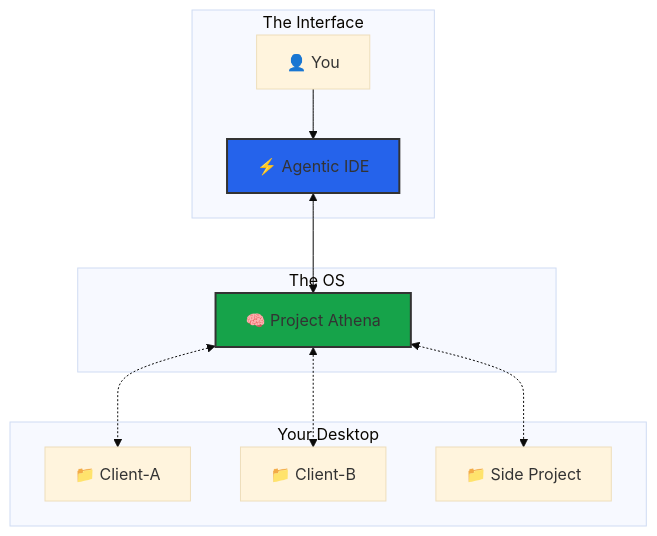
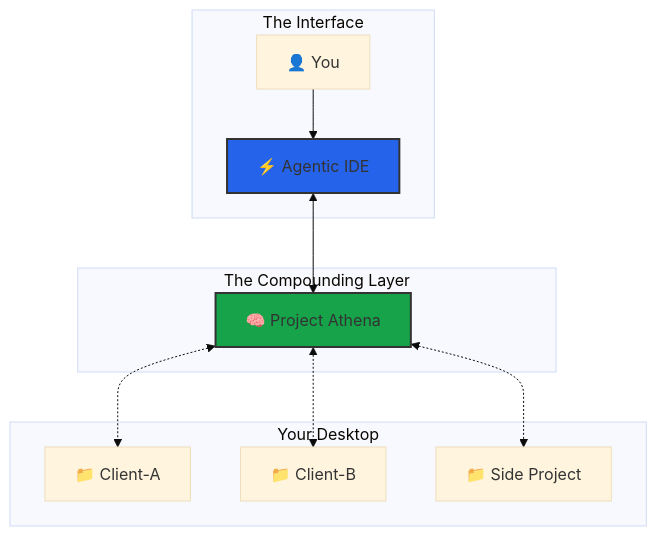
One commit to agent-memory-atlas-archive/winstonkoh87--Athena-Public changed the first of 2 diagrams in Athena-Public.wiki/Architecture-Overview.md. Above: the diagram before and after it, drawn with Mermaid (base theme). The commit also changed other lines of this file and 14 other files, not shown here.

````diff
--- a/Athena-Public.wiki/Architecture-Overview.md
+++ b/Athena-Public.wiki/Architecture-Overview.md
@@ -28,26 +28,26 @@
 ```mermaid
 graph TD
     subgraph "Your Desktop"
         CLIENT_A["📁 Client-A"]
         CLIENT_B["📁 Client-B"]
         SIDE["📁 Side Project"]
     end
 
-    subgraph "The OS"
+    subgraph "The Compounding Layer"
         ATHENA["🧠 Project Athena"]
     end
 
     subgraph "The Interface"
         IDE["⚡ Agentic IDE"]
         USER["👤 You"]
     end
 
     USER --> IDE
     IDE <--> ATHENA
     ATHENA <-.-> CLIENT_A
     ATHENA <-.-> CLIENT_B
     ATHENA <-.-> SIDE
 
     style ATHENA fill:#16a34a,stroke:#333,stroke-width:2px
     style IDE fill:#2563eb,stroke:#333,stroke-width:2px
 ```
````
